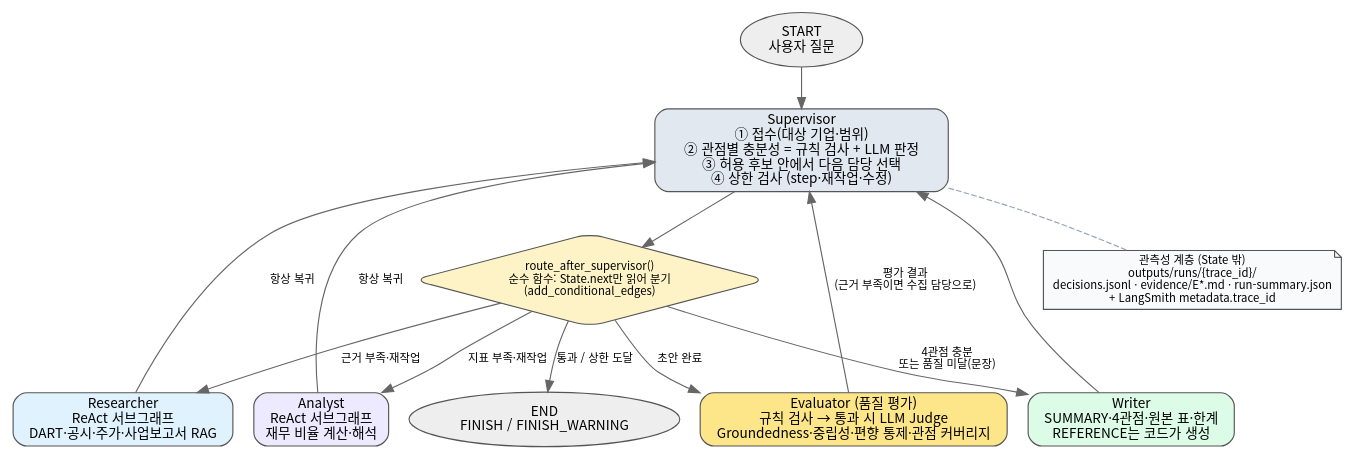
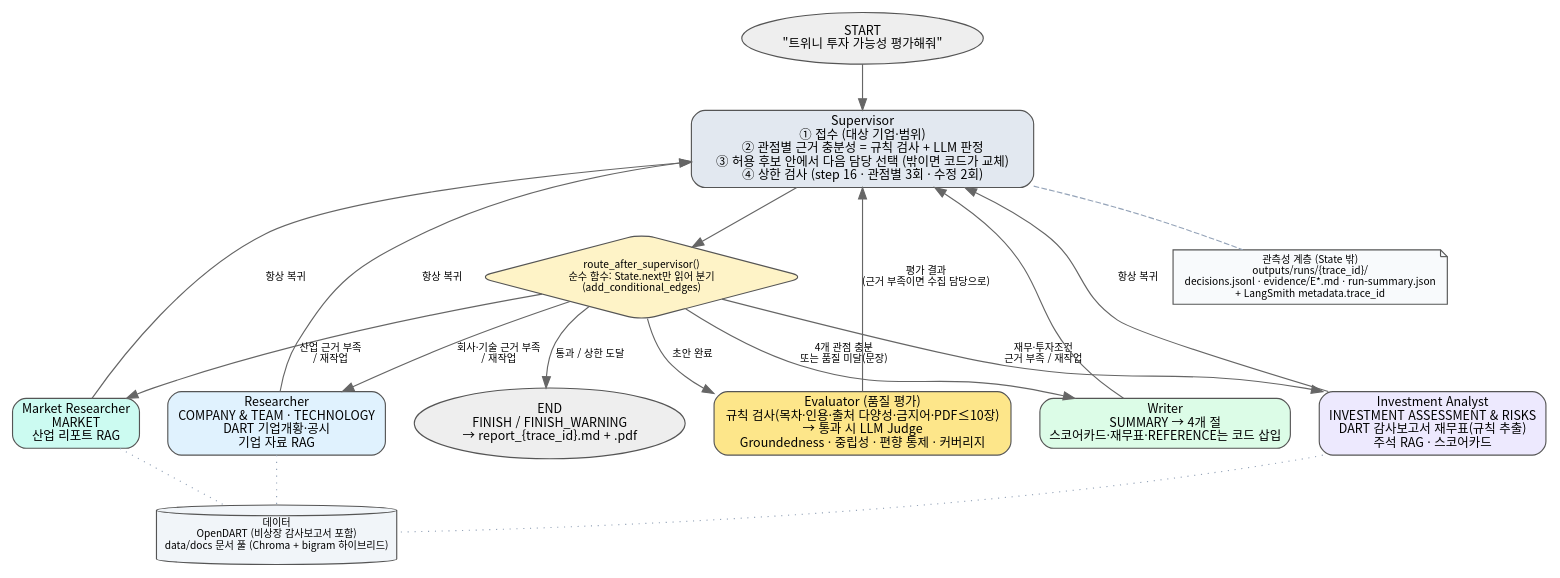
The diagram in docs/architecture.dot (xxhigh/Multi-Agent), drawn with Graphviz before and after one commit. The commit also changed 10 other files, not shown here.

```diff
--- a/docs/architecture.dot
+++ b/docs/architecture.dot
@@ -1,29 +1,36 @@
 digraph G {
-  rankdir=TB; bgcolor="white"; fontname="Noto Sans CJK KR";
-  node [shape=box, style="rounded,filled", fontname="Noto Sans CJK KR", fontsize=12, color="#555555"];
-  edge [fontname="Noto Sans CJK KR", fontsize=10, color="#666666"];
+  rankdir=TB; bgcolor="white"; fontname="Noto Sans CJK KR"; nodesep=0.35; ranksep=0.55;
+  node [shape=box, style="rounded,filled", fontname="Noto Sans CJK KR", fontsize=11, color="#555555"];
+  edge [fontname="Noto Sans CJK KR", fontsize=9, color="#666666"];
 
-  start [label="START\n사용자 질문", shape=oval, fillcolor="#eeeeee"];
-  sup [label="Supervisor\n① 접수(대상 기업·범위)\n② 관점별 충분성 = 규칙 검사 + LLM 판정\n③ 허용 후보 안에서 다음 담당 선택\n④ 상한 검사 (step·재작업·수정)", fillcolor="#e2e8f0", width=3.6];
-  route [label="route_after_supervisor()\n순수 함수: State.next만 읽어 분기\n(add_conditional_edges)", shape=diamond, fillcolor="#fef3c7", fontsize=10];
-  res [label="Researcher\nReAct 서브그래프\nDART·공시·주가·사업보고서 RAG", fillcolor="#e0f2fe"];
-  ana [label="Analyst\nReAct 서브그래프\n재무 비율 계산·해석", fillcolor="#ede9fe"];
-  wri [label="Writer\nSUMMARY·4관점·원본 표·한계\nREFERENCE는 코드가 생성", fillcolor="#dcfce7"];
-  eva [label="Evaluator (품질 평가)\n규칙 검사 → 통과 시 LLM Judge\nGroundedness·중립성·편향 통제·관점 커버리지", fillcolor="#fde68a"];
-  endn [label="END\nFINISH / FINISH_WARNING", shape=oval, fillcolor="#eeeeee"];
-  obs [label="관측성 계층 (State 밖)\noutputs/runs/{trace_id}/\ndecisions.jsonl · evidence/E*.md · run-summary.json\n+ LangSmith metadata.trace_id", shape=note, fillcolor="#f8fafc", fontsize=10];
+  start [label="START\n\"트위니 투자 가능성 평가해줘\"", shape=oval, fillcolor="#eeeeee"];
+  sup [label="Supervisor\n① 접수 (대상 기업·범위)\n② 관점별 근거 충분성 = 규칙 검사 + LLM 판정\n③ 허용 후보 안에서 다음 담당 선택 (밖이면 코드가 교체)\n④ 상한 검사 (step 16 · 관점별 3회 · 수정 2회)", fillcolor="#e2e8f0", width=4.2];
+  route [label="route_after_supervisor()\n순수 함수: State.next만 읽어 분기\n(add_conditional_edges)", shape=diamond, fillcolor="#fef3c7", fontsize=9];
+  res [label="Researcher\nCOMPANY & TEAM · TECHNOLOGY\nDART 기업개황·공시\n기업 자료 RAG", fillcolor="#e0f2fe"];
+  mkt [label="Market Researcher\nMARKET\n산업 리포트 RAG", fillcolor="#ccfbf1"];
+  inv [label="Investment Analyst\nINVESTMENT ASSESSMENT & RISKS\nDART 감사보고서 재무표(규칙 추출)\n주석 RAG · 스코어카드", fillcolor="#ede9fe"];
+  wri [label="Writer\nSUMMARY → 4개 절\n스코어카드·재무표·REFERENCE는 코드 삽입", fillcolor="#dcfce7"];
+  eva [label="Evaluator (품질 평가)\n규칙 검사(목차·인용·출처 다양성·금지어·PDF≤10장)\n→ 통과 시 LLM Judge\nGroundedness · 중립성 · 편향 통제 · 커버리지", fillcolor="#fde68a"];
+  endn [label="END\nFINISH / FINISH_WARNING\n→ report_{trace_id}.md + .pdf", shape=oval, fillcolor="#eeeeee"];
+  data [label="데이터\nOpenDART (비상장 감사보고서 포함)\ndata/docs 문서 풀 (Chroma + bigram 하이브리드)", shape=cylinder, fillcolor="#f1f5f9", fontsize=9];
+  obs [label="관측성 계층 (State 밖)\noutputs/runs/{trace_id}/\ndecisions.jsonl · evidence/E*.md · run-summary.json\n+ LangSmith metadata.trace_id", shape=note, fillcolor="#f8fafc", fontsize=9];
 
   start -> sup;
   sup -> route;
-  route -> res [label="근거 부족·재작업"];
-  route -> ana [label="지표 부족·재작업"];
-  route -> wri [label="4관점 충분\n또는 품질 미달(문장)"];
+  route -> res [label="회사·기술 근거 부족\n/ 재작업"];
+  route -> mkt [label="산업 근거 부족\n/ 재작업"];
+  route -> inv [label="재무·투자조건\n근거 부족 / 재작업"];
+  route -> wri [label="4개 관점 충분\n또는 품질 미달(문장)"];
   route -> eva [label="초안 완료"];
   route -> endn [label="통과 / 상한 도달"];
   res -> sup [label="항상 복귀"];
-  ana -> sup [label="항상 복귀"];
+  mkt -> sup [label="항상 복귀"];
+  inv -> sup [label="항상 복귀"];
   wri -> sup;
   eva -> sup [label="평가 결과\n(근거 부족이면 수집 담당으로)"];
+  res -> data [style=dotted, arrowhead=none, color="#94a3b8"];
+  mkt -> data [style=dotted, arrowhead=none, color="#94a3b8"];
+  inv -> data [style=dotted, arrowhead=none, color="#94a3b8"];
   sup -> obs [style=dashed, arrowhead=none, color="#94a3b8"];
-  {rank=same; res; ana; wri; eva;}
+  {rank=same; res; mkt; inv; wri; eva;}
 }
```
